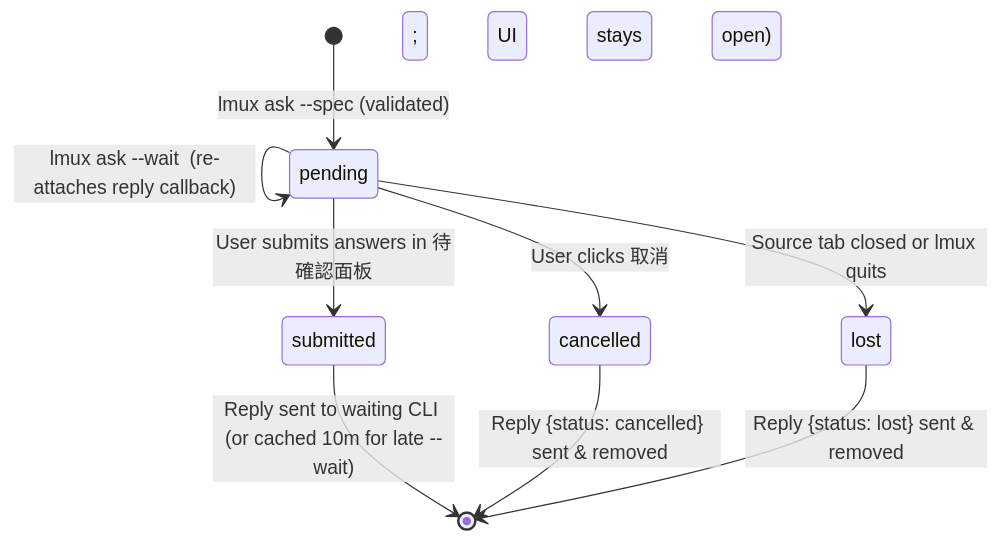
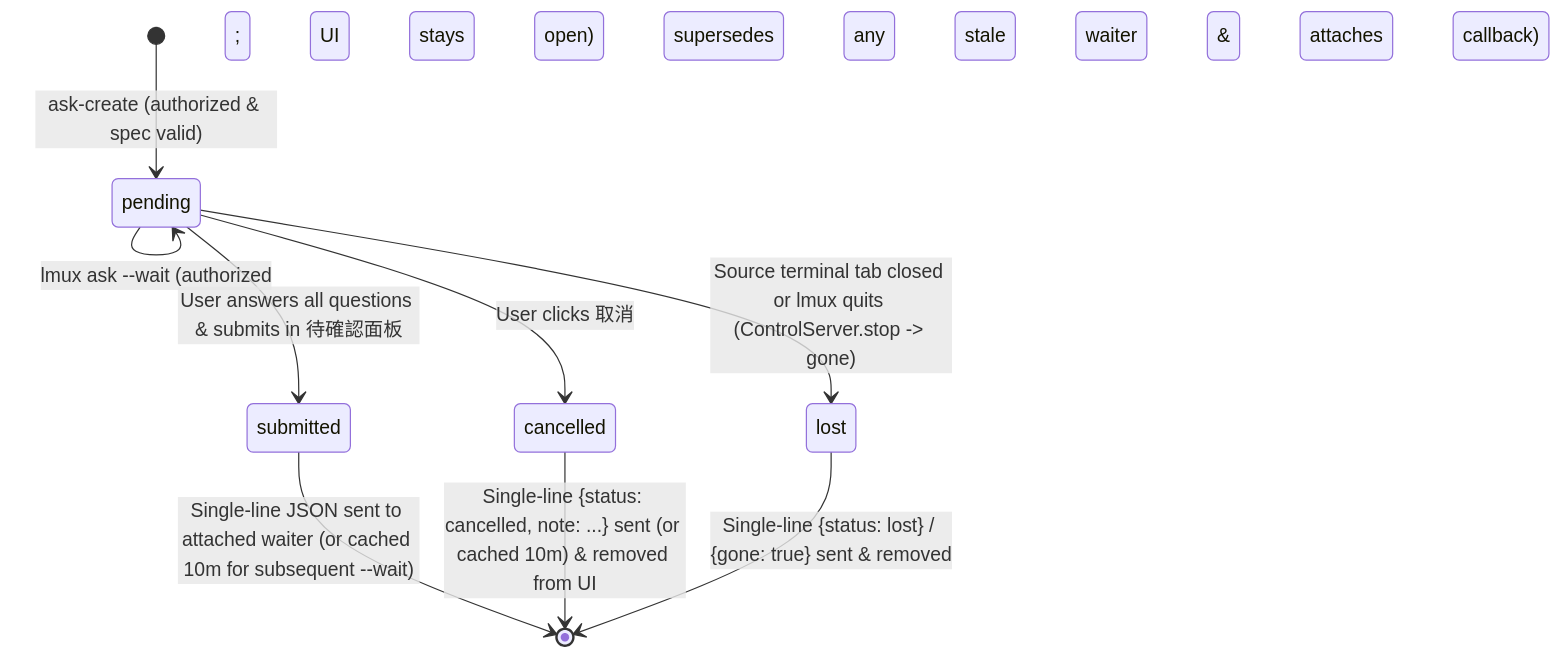
One commit to jamisliao/lmux changed the second of 2 diagrams in beat/changes/inspector-ask-panel/design.md. Above: the diagram before and after it, drawn with Mermaid. The commit also changed other lines of this file and 3 other files, not shown here.

Commit message:
design(inspector-ask-panel): resolve architecture review blockers across RPC framing, auth, focus, and preview

````diff
--- a/beat/changes/inspector-ask-panel/design.md
+++ b/beat/changes/inspector-ask-panel/design.md
@@ -45,12 +46,12 @@
 ```mermaid
 stateDiagram-v2
-  [*] --> pending: lmux ask --spec (validated)
-  pending --> pending: CLI timeout / disconnect (returns pending + resume; UI stays open)
-  pending --> pending: lmux ask --wait <id> (re-attaches reply callback)
-  pending --> submitted: User submits answers in 待確認面板
+  [*] --> pending: ask-create (authorized & spec valid)
+  pending --> pending: ask-wait client timeout / hangup (detaches socket callback only; UI stays open)
+  pending --> pending: lmux ask --wait <id> (authorized; supersedes any stale waiter & attaches callback)
+  pending --> submitted: User answers all questions & submits in 待確認面板
   pending --> cancelled: User clicks 取消
-  pending --> lost: Source tab closed or lmux quits
-  submitted --> [*]: Reply sent to waiting CLI (or cached 10m for late --wait)
-  cancelled --> [*]: Reply {status: cancelled} sent & removed
-  lost --> [*]: Reply {status: lost} sent & removed
+  pending --> lost: Source terminal tab closed or lmux quits (ControlServer.stop -> gone)
+  submitted --> [*]: Single-line JSON sent to attached waiter (or cached 10m for subsequent --wait)
+  cancelled --> [*]: Single-line {status: cancelled, note: ...} sent (or cached 10m) & removed from UI
+  lost --> [*]: Single-line {status: lost} / {gone: true} sent & removed
 ```
````
